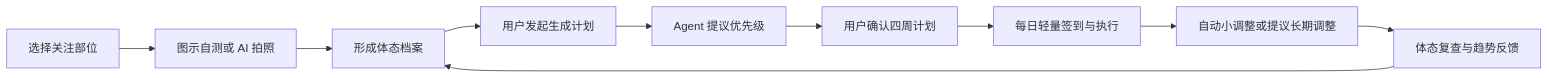
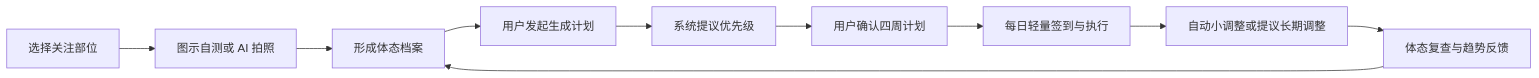
One commit to Lizz-666/health-agent changed the diagram in docs/product/vision.md. Above: the diagram before and after it, drawn with Mermaid. The commit also changed other lines of this file and 8 other files, not shown here.

````diff
--- a/docs/product/vision.md
+++ b/docs/product/vision.md
@@ -36,12 +36,12 @@
 ```mermaid
 flowchart LR
     A["选择关注部位"] --> B["图示自测或 AI 拍照"]
     B --> C["形成体态档案"]
     C --> D["用户发起生成计划"]
-    D --> E["Agent 提议优先级"]
+    D --> E["系统提议优先级"]
     E --> F["用户确认四周计划"]
     F --> G["每日轻量签到与执行"]
     G --> H["自动小调整或提议长期调整"]
     H --> I["体态复查与趋势反馈"]
     I --> C
 ```
````
